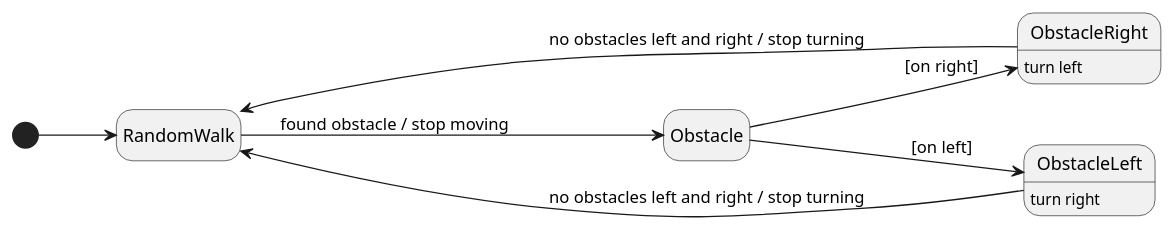
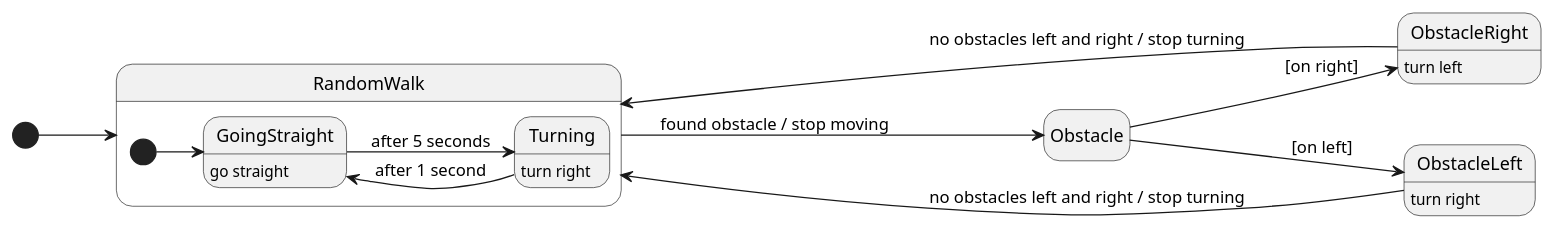
Before and after one commit to Ventus218/irs-2025-assignment-01: the diagram in random_walk_collision_avoidance.puml, drawn with PlantUML. The commit also changed 1 other file, not shown here.

Commit message:
add random walk behavior

```diff
--- a/random_walk_collision_avoidance.puml
+++ b/random_walk_collision_avoidance.puml
@@ -1,19 +1,27 @@
 @startuml random_walk_collision_avoidance
 
 left to right direction
 hide empty description
 
+state RandomWalk {
+    [*] --> GoingStraight
+    GoingStraight : go straight
+    GoingStraight --> Turning : after 5 seconds
+
+    Turning : turn right
+    Turning --> GoingStraight : after 1 second
+}
 [*] --> RandomWalk
 RandomWalk --> Obstacle : found obstacle / stop moving
 
 state Obstacle <<choice>>
 Obstacle --> ObstacleRight : [on right]
 Obstacle --> ObstacleLeft : [on left]
 
 ObstacleLeft : turn right
 ObstacleLeft -u-> RandomWalk : no obstacles left and right / stop turning
 
 ObstacleRight : turn left
 ObstacleRight -u-> RandomWalk : no obstacles left and right / stop turning
 
 @enduml
```
